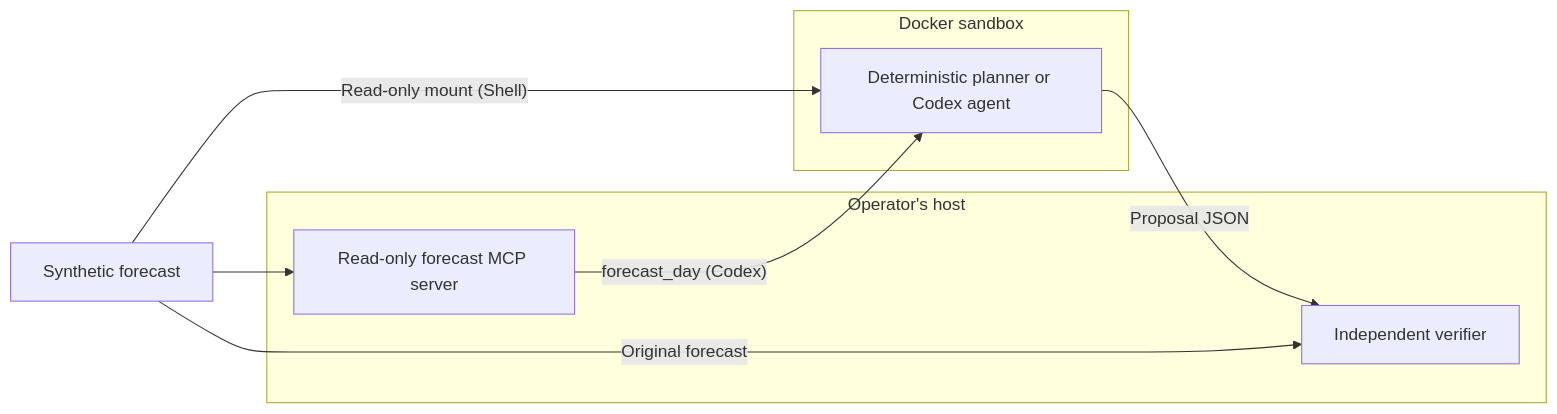
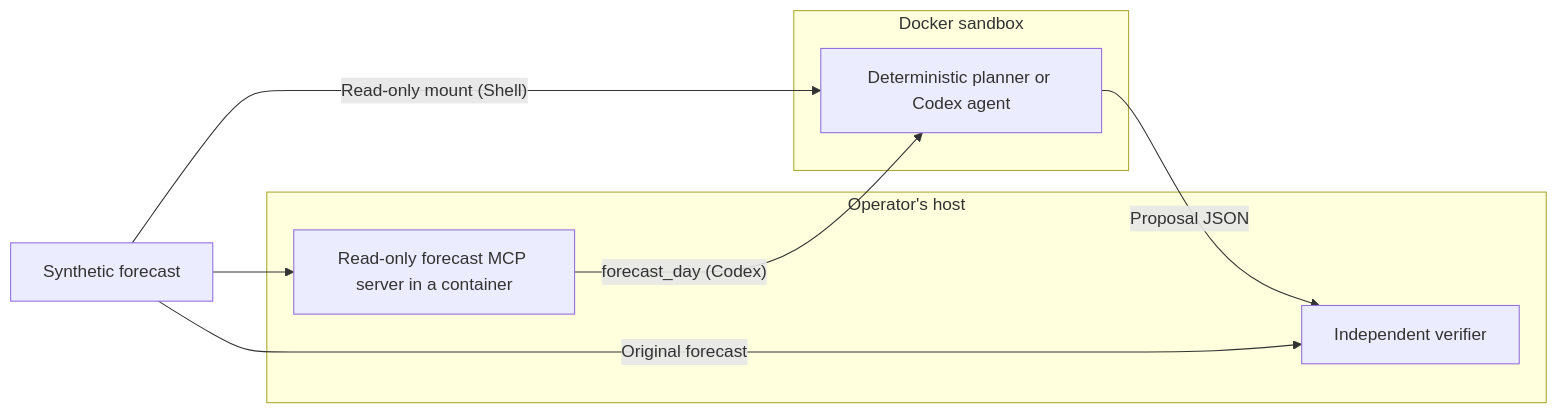
One commit to brunovicco/ai-agents-on-docker-lab changed the diagram in docs/ARCHITECTURE.md. Above: the diagram before and after it, drawn with Mermaid. The commit also changed other lines of this file and 7 other files, not shown here.

First line of the commit message:
Pin agent kits, declare the dynamic MCP server, and check the MCP image in CI

````diff
--- a/docs/ARCHITECTURE.md
+++ b/docs/ARCHITECTURE.md
@@ -60,16 +60,16 @@
 ```mermaid
 flowchart LR
     Forecast["Synthetic forecast"]
     subgraph Sandbox["Docker sandbox"]
         Planner["Deterministic planner or Codex agent"]
     end
     subgraph Host["Operator's host"]
-        MCP["Read-only forecast MCP server"]
+        MCP["Read-only forecast MCP server in a container"]
         Verify["Independent verifier"]
     end
     Forecast -->|"Read-only mount (Shell)"| Planner
     Forecast --> MCP
     MCP -->|"forecast_day (Codex)"| Planner
     Planner -->|"Proposal JSON"| Verify
     Forecast -->|"Original forecast"| Verify
 ```
````
